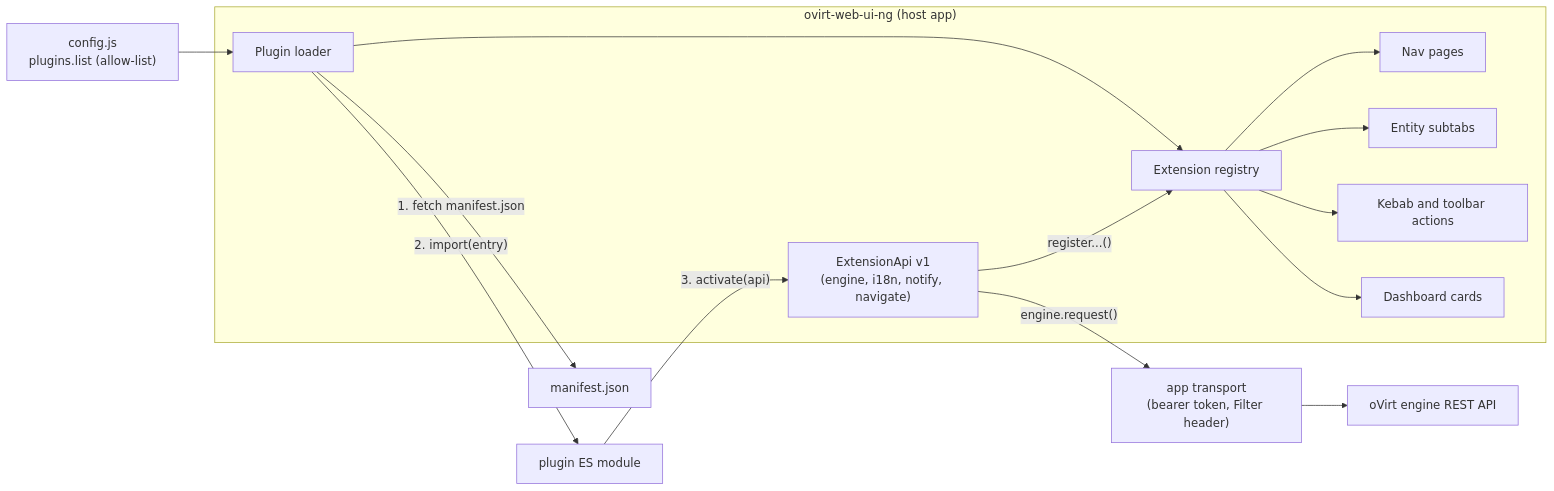
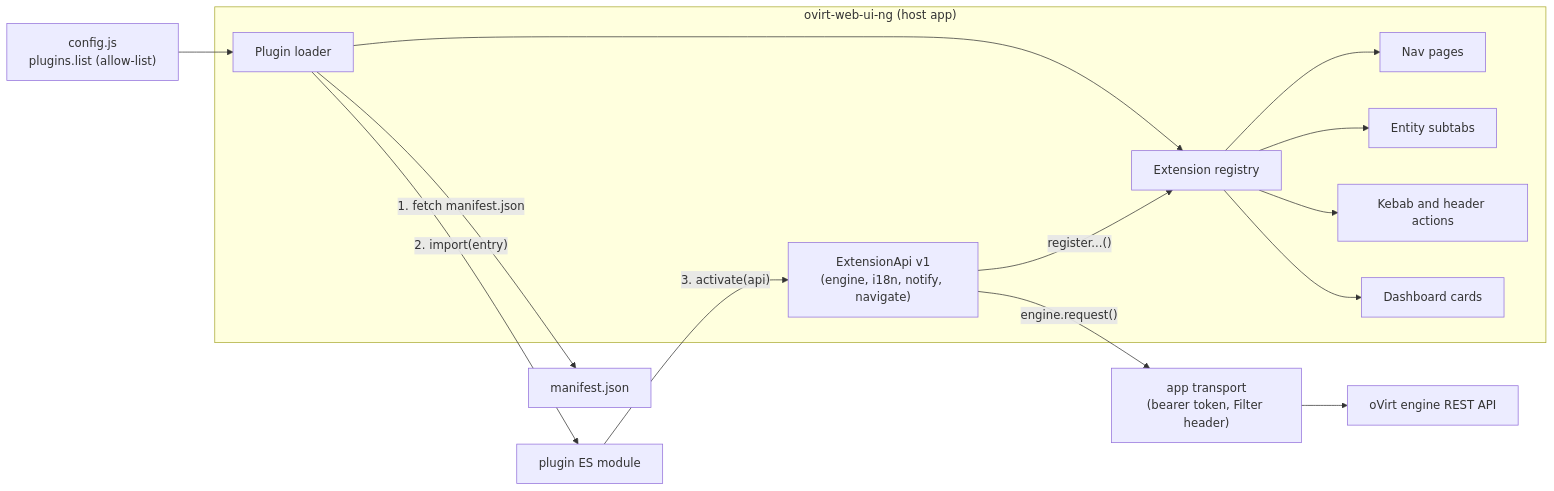
The diagram in docs/ADR-0001-UI-EXTENSIONS.md (skywalkw3r/ovirt-web-ui-ng), drawn with Mermaid before and after one commit. The commit also changed other lines of this file and 3 other files, not shown here.

````diff
--- a/docs/ADR-0001-UI-EXTENSIONS.md
+++ b/docs/ADR-0001-UI-EXTENSIONS.md
@@ -42,18 +44,18 @@
 ```mermaid
 flowchart LR
   cfg["config.js\nplugins.list (allow-list)"] --> loader
   subgraph host["ovirt-web-ui-ng (host app)"]
     loader["Plugin loader"] --> reg["Extension registry"]
     reg --> nav["Nav pages"]
     reg --> tabs["Entity subtabs"]
-    reg --> acts["Kebab and toolbar actions"]
+    reg --> acts["Kebab and header actions"]
     reg --> cards["Dashboard cards"]
     api["ExtensionApi v1\n(engine, i18n, notify, navigate)"]
   end
   loader -- "1. fetch manifest.json" --> man["manifest.json"]
   loader -- "2. import(entry)" --> mod["plugin ES module"]
   mod -- "3. activate(api)" --> api
   api -- "register...()" --> reg
   api -- "engine.request()" --> tr["app transport\n(bearer token, Filter header)"]
   tr --> eng["oVirt engine REST API"]
 ```
````
